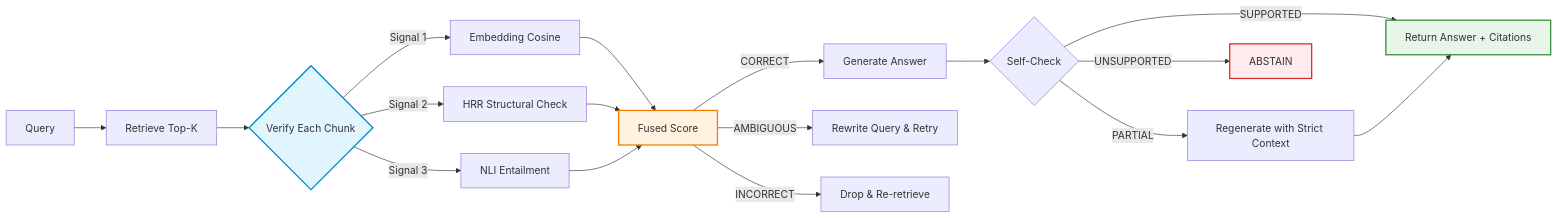
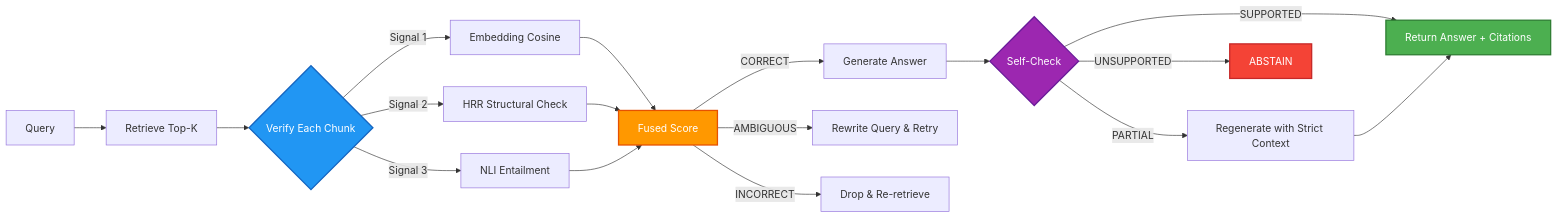
Before and after one commit to iamhero2709/corrective-rag: the first of 3 diagrams in README.md, drawn with Mermaid. The commit also changed other lines of this file and 3 other files, not shown here.

First line of the commit message:
fix: dark-mode Mermaid diagrams, multi-part answers, citation text limit

````diff
--- a/README.md
+++ b/README.md
@@ -34,24 +34,25 @@
 ```mermaid
 flowchart LR
     Q[Query] --> R[Retrieve Top-K]
     R --> V{Verify Each Chunk}
     V -->|Signal 1| E[Embedding Cosine]
     V -->|Signal 2| S[HRR Structural Check]
     V -->|Signal 3| N[NLI Entailment]
     E --> F[Fused Score]
     S --> F
     N --> F
     F -->|CORRECT| G[Generate Answer]
     F -->|AMBIGUOUS| W[Rewrite Query & Retry]
     F -->|INCORRECT| X[Drop & Re-retrieve]
     G --> SC{Self-Check}
     SC -->|SUPPORTED| A[Return Answer + Citations]
     SC -->|PARTIAL| R2[Regenerate with Strict Context]
     SC -->|UNSUPPORTED| AB[ABSTAIN]
     R2 --> A
 
-    style V fill:#e1f5fe,stroke:#0288d1,stroke-width:2px
-    style F fill:#fff3e0,stroke:#f57c00,stroke-width:2px
-    style A fill:#e8f5e9,stroke:#388e3c,stroke-width:2px
-    style AB fill:#ffebee,stroke:#d32f2f,stroke-width:2px
+    style V fill:#2196F3,stroke:#1565C0,color:#fff,stroke-width:2px
+    style F fill:#FF9800,stroke:#E65100,color:#fff,stroke-width:2px
+    style A fill:#4CAF50,stroke:#2E7D32,color:#fff,stroke-width:2px
+    style AB fill:#F44336,stroke:#C62828,color:#fff,stroke-width:2px
+    style SC fill:#9C27B0,stroke:#6A1B9A,color:#fff,stroke-width:2px
 ```
````
